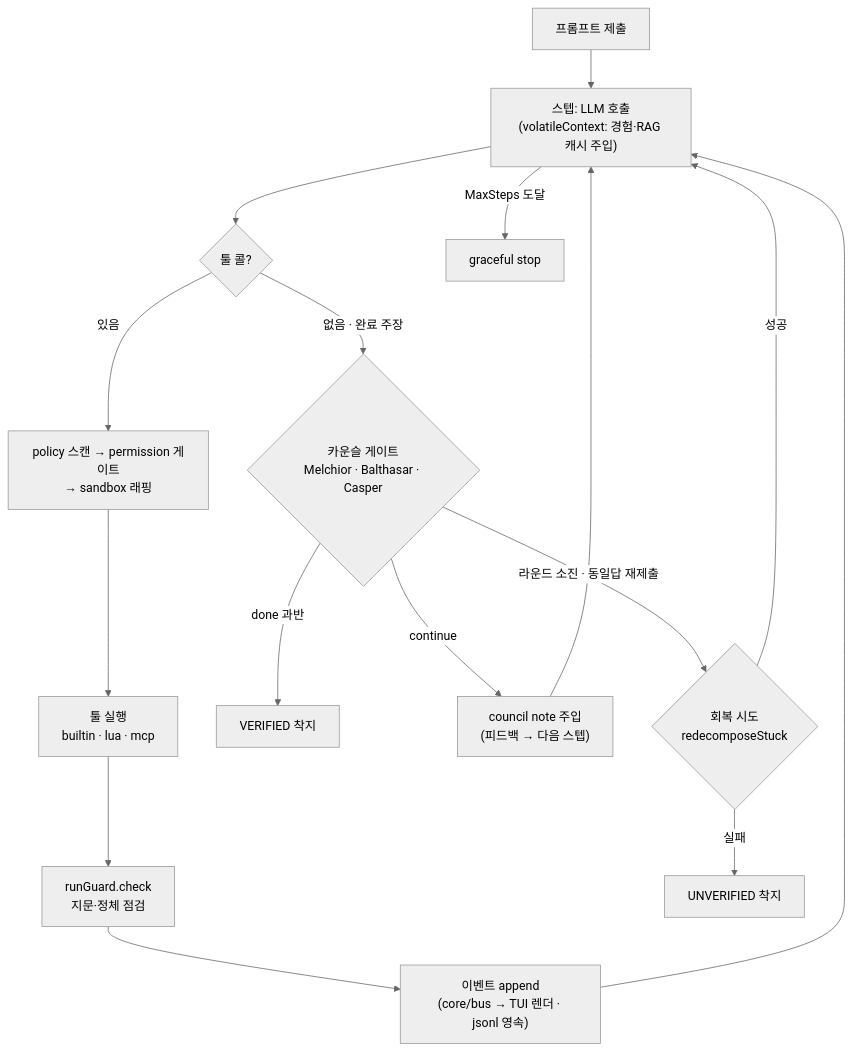
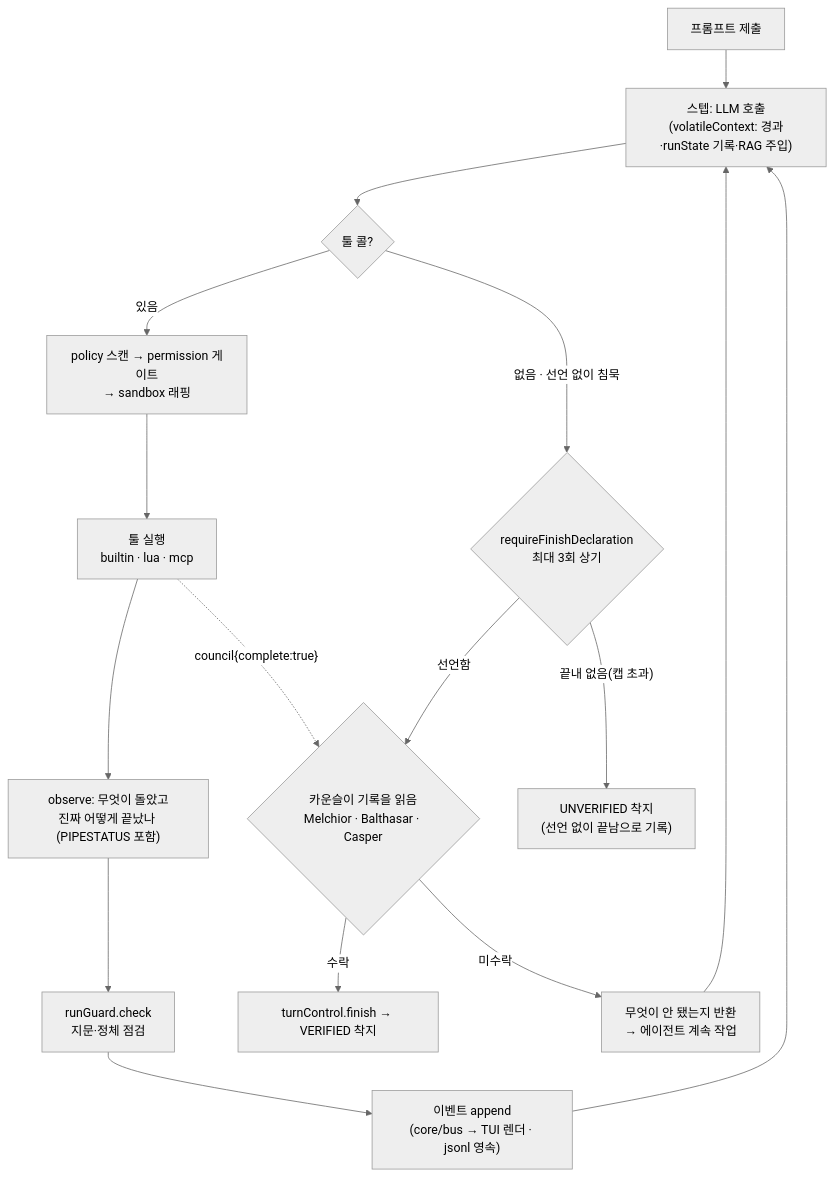
The second of 4 diagrams in docs/DIAGRAMS.md (sayaya1090/magi), drawn with Mermaid before and after one commit. The commit also changed other lines of this file and 4 other files, not shown here.

````diff
--- a/docs/DIAGRAMS.md
+++ b/docs/DIAGRAMS.md
@@ -60,19 +61,19 @@
 ```mermaid
 %%{init: {'theme':'neutral','flowchart':{'curve':'basis'}}}%%
 flowchart TD
-  P["프롬프트 제출"] --> S["스텝: LLM 호출<br/>(volatileContext: 경험·RAG 캐시 주입)"]
+  P["프롬프트 제출"] --> S["스텝: LLM 호출<br/>(volatileContext: 경과·runState 기록·RAG 주입)"]
   S --> T{"툴 콜?"}
   T -- 있음 --> POL["policy 스캔 → permission 게이트<br/>→ sandbox 래핑"]
   POL --> EX["툴 실행<br/>builtin · lua · mcp"]
-  EX --> G["runGuard.check<br/>지문·정체 점검"]
+  EX --> OB["observe: 무엇이 돌았고<br/>진짜 어떻게 끝났나 (PIPESTATUS 포함)"]
+  OB --> G["runGuard.check<br/>지문·정체 점검"]
   G --> EV["이벤트 append<br/>(core/bus → TUI 렌더 · jsonl 영속)"]
   EV --> S
-  T -- "없음 · 완료 주장" --> CG{"카운슬 게이트<br/>Melchior · Balthasar · Casper"}
-  CG -- "done 과반" --> V["VERIFIED 착지"]
-  CG -- "continue" --> FB["council note 주입<br/>(피드백 → 다음 스텝)"]
+  EX -. "council{complete:true}" .-> CG{"카운슬이 기록을 읽음<br/>Melchior · Balthasar · Casper"}
+  CG -- "수락" --> FIN["turnControl.finish → VERIFIED 착지"]
+  CG -- "미수락" --> FB["무엇이 안 됐는지 반환<br/>→ 에이전트 계속 작업"]
   FB --> S
-  CG -- "라운드 소진 · 동일답 재제출" --> RC{"회복 시도<br/>redecomposeStuck"}
-  RC -- 성공 --> S
-  RC -- 실패 --> U["UNVERIFIED 착지"]
-  S -- "MaxSteps 도달" --> GS["graceful stop"]
+  T -- "없음 · 선언 없이 침묵" --> RQ{"requireFinishDeclaration<br/>최대 3회 상기"}
+  RQ -- "선언함" --> CG
+  RQ -- "끝내 없음(캡 초과)" --> U["UNVERIFIED 착지<br/>(선언 없이 끝남으로 기록)"]
 ```
````
